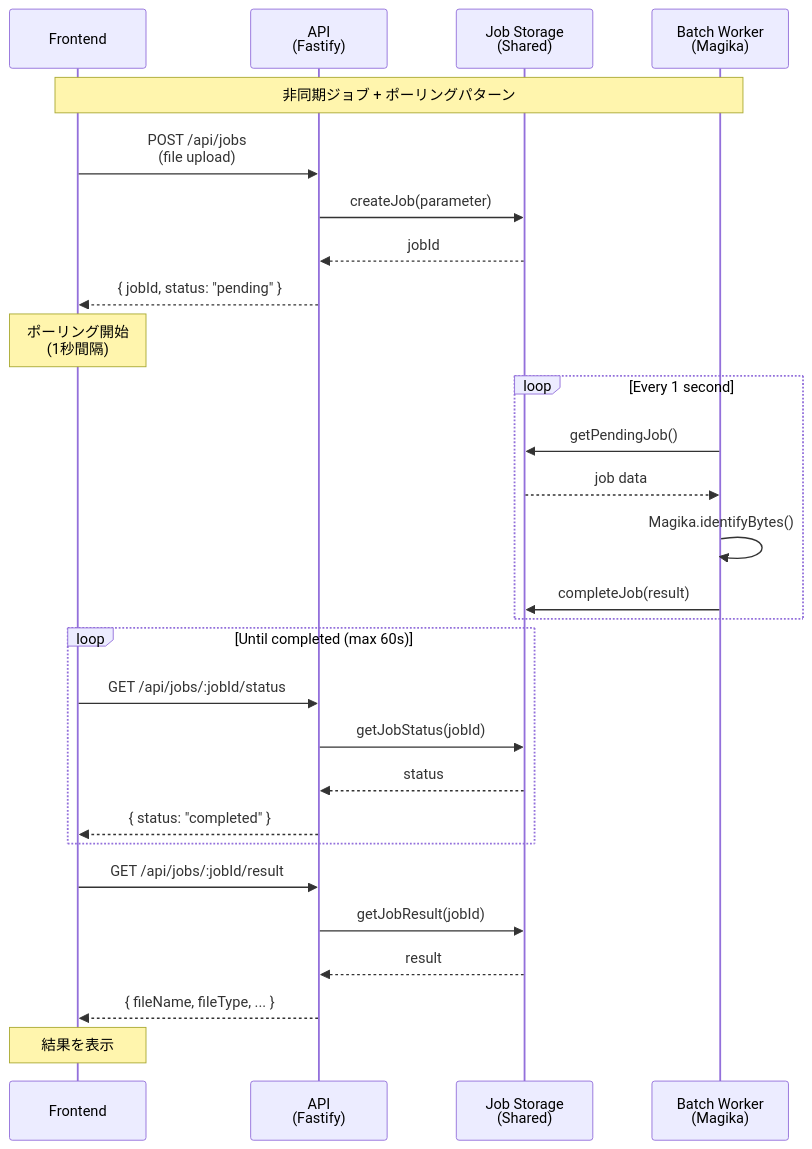
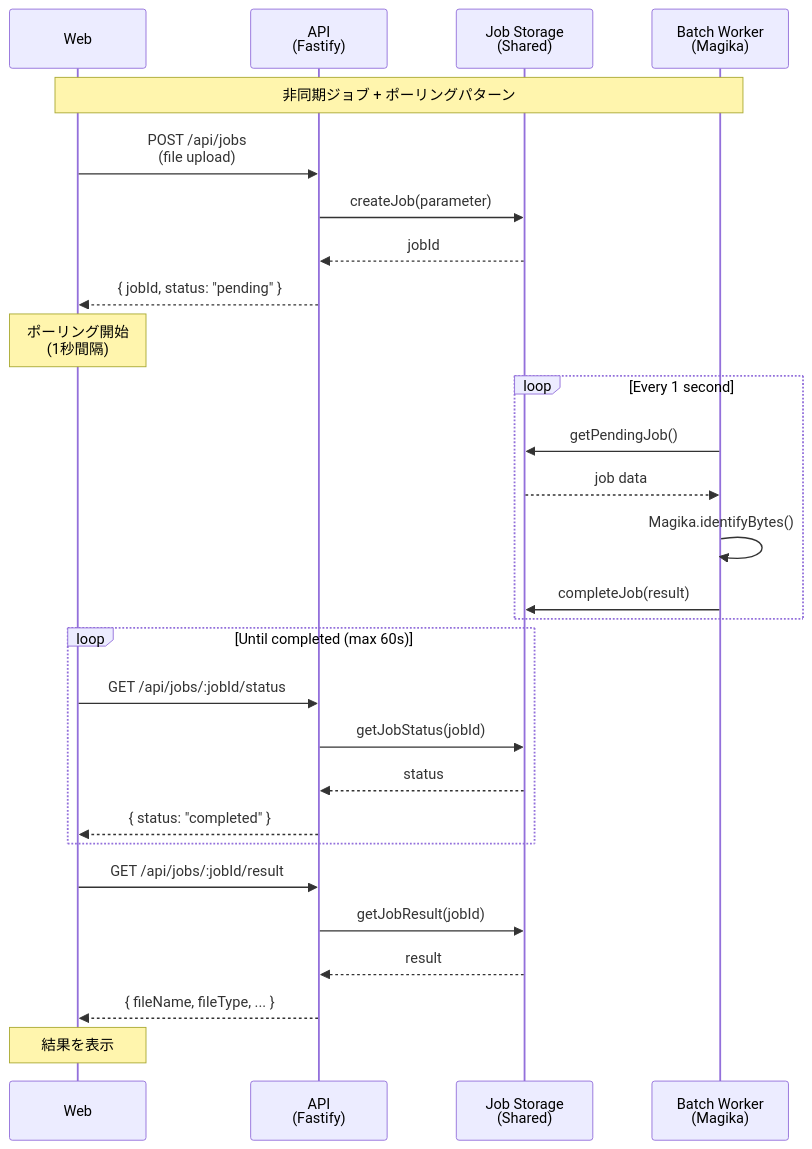
One commit to hi-time/mono-repo-sample changed the first of 3 diagrams in README.md. Above: the diagram before and after it, drawn with Mermaid. The commit also changed other lines of this file and 11 other files, not shown here.

````diff
--- a/README.md
+++ b/README.md
@@ -213,37 +213,37 @@
 ```mermaid
 sequenceDiagram
-    participant F as Frontend
+    participant F as Web
     participant B as API<br/>(Fastify)
     participant S as Job Storage<br/>(Shared)
     participant W as Batch Worker<br/>(Magika)
 
     Note over F,W: 非同期ジョブ + ポーリングパターン
     
     F->>B: POST /api/jobs<br/>(file upload)
     B->>S: createJob(parameter)
     S-->>B: jobId
     B-->>F: { jobId, status: "pending" }
     
     Note over F: ポーリング開始<br/>(1秒間隔)
     
     loop Every 1 second
         W->>S: getPendingJob()
         S-->>W: job data
         W->>W: Magika.identifyBytes()
         W->>S: completeJob(result)
     end
     
     loop Until completed (max 60s)
         F->>B: GET /api/jobs/:jobId/status
         B->>S: getJobStatus(jobId)
         S-->>B: status
         B-->>F: { status: "completed" }
     end
     
     F->>B: GET /api/jobs/:jobId/result
     B->>S: getJobResult(jobId)
     S-->>B: result
     B-->>F: { fileName, fileType, ... }
     
     Note over F: 結果を表示
 ```
````
